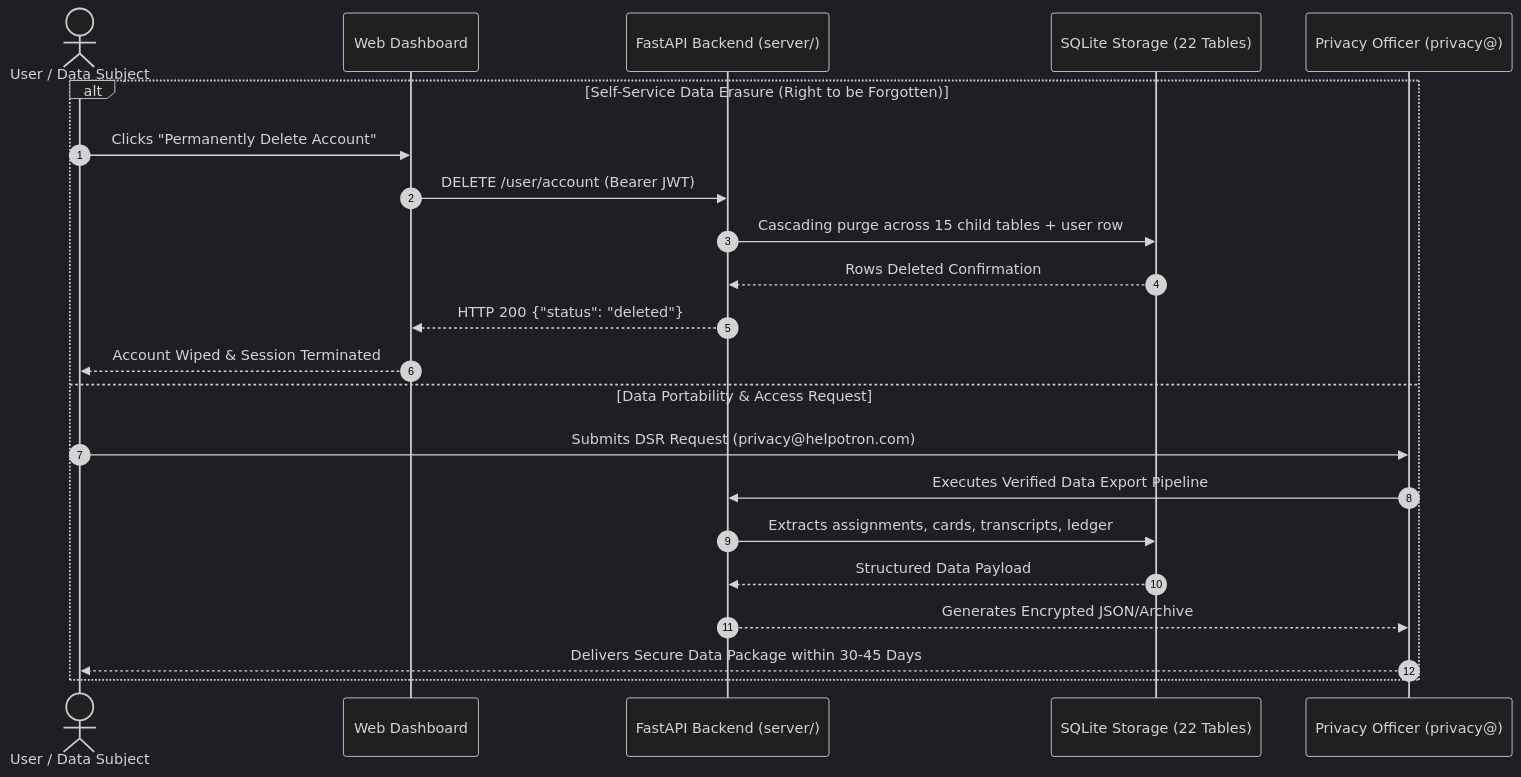
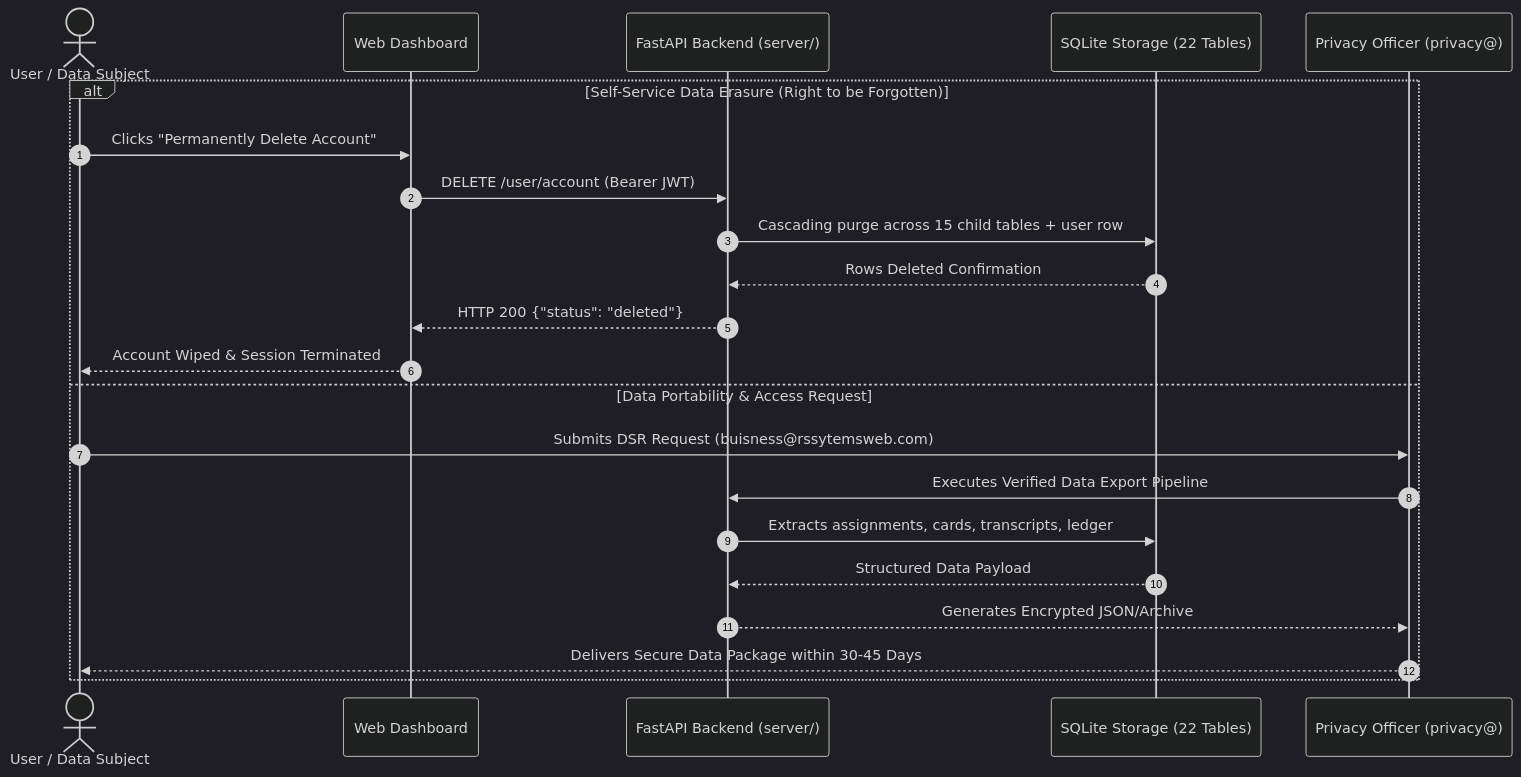
Before and after one commit to ronisaguey-ux/Helpotron: the second of 2 diagrams in docs/archive/PRIVACY_POLICY_stale_2026-08-31.md, drawn with Mermaid (dark theme). The commit also changed other lines of this file, not shown here.

Commit message:
chore(stack): sync PRIVACY_POLICY_stale_2026-08-31.md

````diff
--- a/docs/archive/PRIVACY_POLICY_stale_2026-08-31.md
+++ b/docs/archive/PRIVACY_POLICY_stale_2026-08-31.md
@@ -196,25 +196,25 @@
 ```mermaid
 sequenceDiagram
     autonumber
     actor User as User / Data Subject
     participant Web as Web Dashboard
     participant API as FastAPI Backend (server/)
     participant DB as SQLite Storage (22 Tables)
     participant DPO as Privacy Officer (privacy@)
 
     alt Self-Service Data Erasure (Right to be Forgotten)
         User->>Web: Clicks "Permanently Delete Account"
         Web->>API: DELETE /user/account (Bearer JWT)
         API->>DB: Cascading purge across 15 child tables + user row
         DB-->>API: Rows Deleted Confirmation
         API-->>Web: HTTP 200 {"status": "deleted"}
         Web-->>User: Account Wiped & Session Terminated
     else Data Portability & Access Request
-        User->>DPO: Submits DSR Request (privacy@helpotron.com)
+        User->>DPO: Submits DSR Request (buisness@rssytemsweb.com)
         DPO->>API: Executes Verified Data Export Pipeline
         API->>DB: Extracts assignments, cards, transcripts, ledger
         DB-->>API: Structured Data Payload
         API-->>DPO: Generates Encrypted JSON/Archive
         DPO-->>User: Delivers Secure Data Package within 30-45 Days
     end
 ```
````
